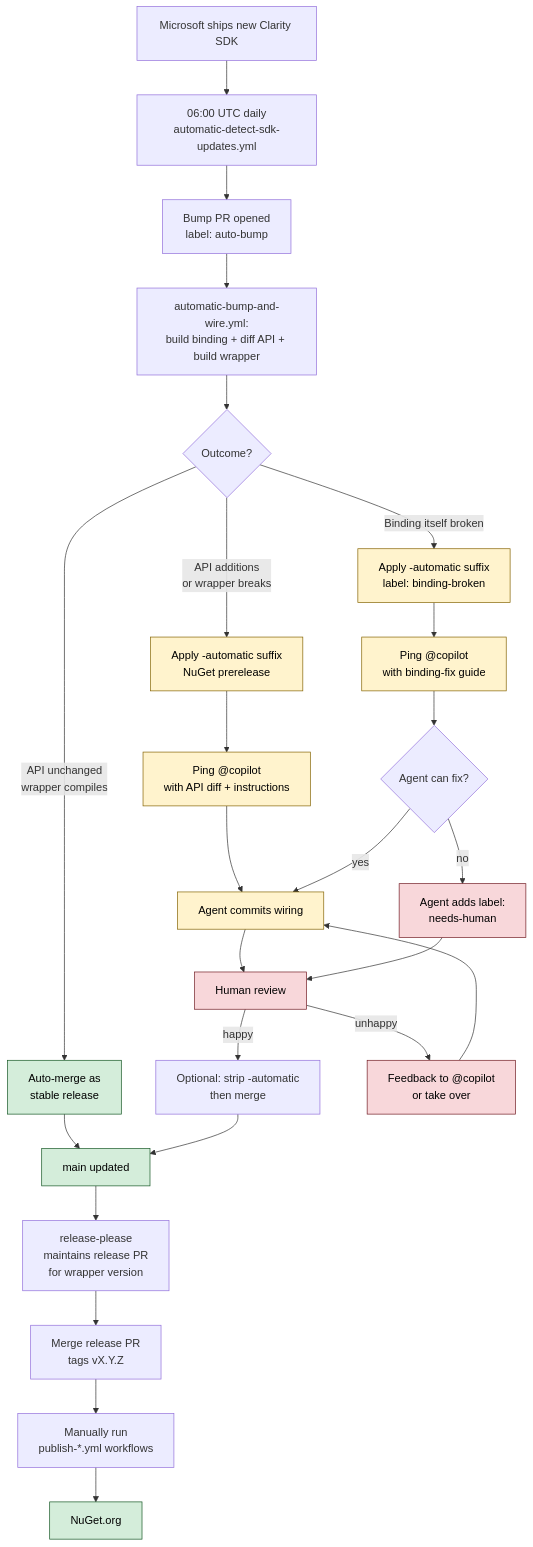
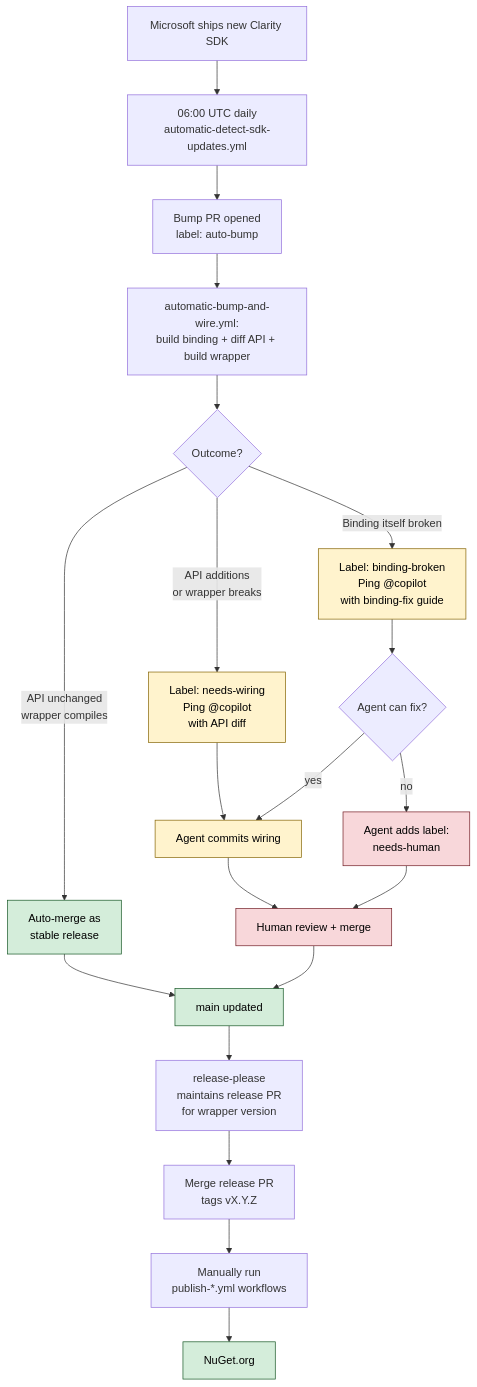
The diagram in README.md (Kebechet/Maui.MicrosoftClarity), drawn with Mermaid before and after one commit. The commit also changed other lines of this file and 5 other files, not shown here.

````diff
--- a/README.md
+++ b/README.md
@@ -61,40 +61,34 @@
 ```mermaid
 flowchart TD
     A[Microsoft ships new Clarity SDK] --> B[06:00 UTC daily<br/>automatic-detect-sdk-updates.yml]
     B --> C[Bump PR opened<br/>label: auto-bump]
     C --> D[automatic-bump-and-wire.yml:<br/>build binding + diff API + build wrapper]
 
     D --> E{Outcome?}
 
     E -->|API unchanged<br/>wrapper compiles| F[Auto-merge as<br/>stable release]
-    E -->|API additions<br/>or wrapper breaks| G[Apply -automatic suffix<br/>NuGet prerelease]
-    E -->|Binding itself broken| H[Apply -automatic suffix<br/>label: binding-broken]
+    E -->|API additions<br/>or wrapper breaks| G[Label: needs-wiring<br/>Ping @copilot<br/>with API diff]
+    E -->|Binding itself broken| H[Label: binding-broken<br/>Ping @copilot<br/>with binding-fix guide]
 
-    G --> I[Ping @copilot<br/>with API diff + instructions]
-    H --> J[Ping @copilot<br/>with binding-fix guide]
-
-    I --> K[Agent commits wiring]
-    J --> L{Agent can fix?}
+    G --> K[Agent commits wiring]
+    H --> L{Agent can fix?}
     L -->|yes| K
     L -->|no| M[Agent adds label:<br/>needs-human]
 
-    K --> N[Human review]
+    K --> N[Human review + merge]
     M --> N
     F --> O[main updated]
-    N -->|happy| P[Optional: strip -automatic<br/>then merge]
-    N -->|unhappy| Q[Feedback to @copilot<br/>or take over]
-    P --> O
-    Q --> K
+    N --> O
 
     O --> R[release-please<br/>maintains release PR<br/>for wrapper version]
     R --> S[Merge release PR<br/>tags vX.Y.Z]
     S --> T[Manually run<br/>publish-*.yml workflows]
     T --> U[NuGet.org]
 
     classDef happy fill:#d4edda,stroke:#155724,color:#000
     classDef warn fill:#fff3cd,stroke:#856404,color:#000
     classDef human fill:#f8d7da,stroke:#721c24,color:#000
     class F,O,U happy
-    class G,H,I,J,K warn
-    class M,N,Q human
+    class G,H,K warn
+    class M,N human
 ```
````
